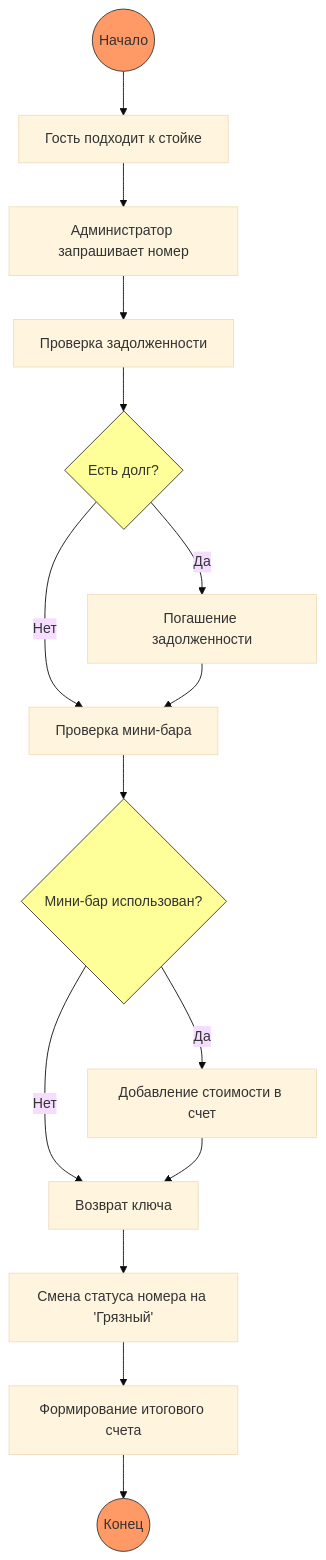
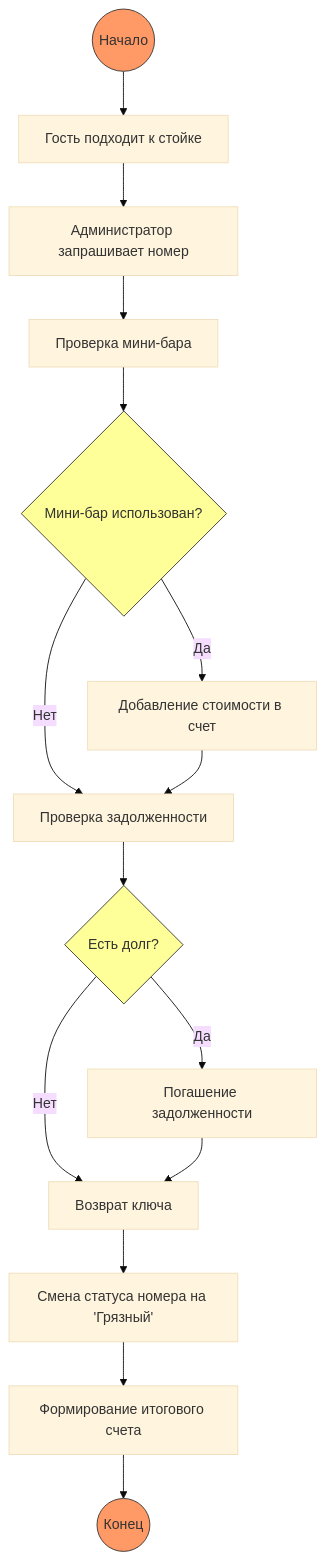
The second of 2 diagrams in docs/03_activity_process.md (Ekaterina-CyberDev/PPO), drawn with Mermaid (base theme) before and after one commit. The commit also changed other lines of this file, not shown here.

````diff
--- a/docs/03_activity_process.md
+++ b/docs/03_activity_process.md
@@ -61,26 +66,27 @@
 ```mermaid
 flowchart TD
     Start((Начало)) --> Step1["Гость подходит к стойке"]
     Step1 --> Step2["Администратор запрашивает номер"]
-    Step2 --> Step3["Проверка задолженности"]
     
-    Step3 --> Decision1{"Есть долг?"}
-    Decision1 -- Да --> Step4["Погашение задолженности"]
-    Decision1 -- Нет --> Step5["Проверка мини-бара"]
-    
-    Step4 --> Step5
+    %% Преподаватель сказал: мини-бар проверяем до итогового счета
+    Step2 --> Step5["Проверка мини-бара"]
     Step5 --> Decision2{"Мини-бар использован?"}
     
     Decision2 -- Да --> Step6["Добавление стоимости в счет"]
-    Decision2 -- Нет --> Step7["Возврат ключа"]
+    Decision2 -- Нет --> Step3["Проверка задолженности"]
     
-    Step6 --> Step7
+    Step6 --> Step3
+    Step3 --> Decision1{"Есть долг?"}
+    Decision1 -- Да --> Step4["Погашение задолженности"]
+    Decision1 -- Нет --> Step7["Возврат ключа"]
+    
+    Step4 --> Step7
     Step7 --> Step8["Смена статуса номера на 'Грязный'"]
     Step8 --> Step9["Формирование итогового счета"]
     Step9 --> End((Конец))
 
     style Start fill:#f96,stroke:#333
     style End fill:#f96,stroke:#333
     style Decision1 fill:#ff9,stroke:#333
     style Decision2 fill:#ff9,stroke:#333
 ```
````
